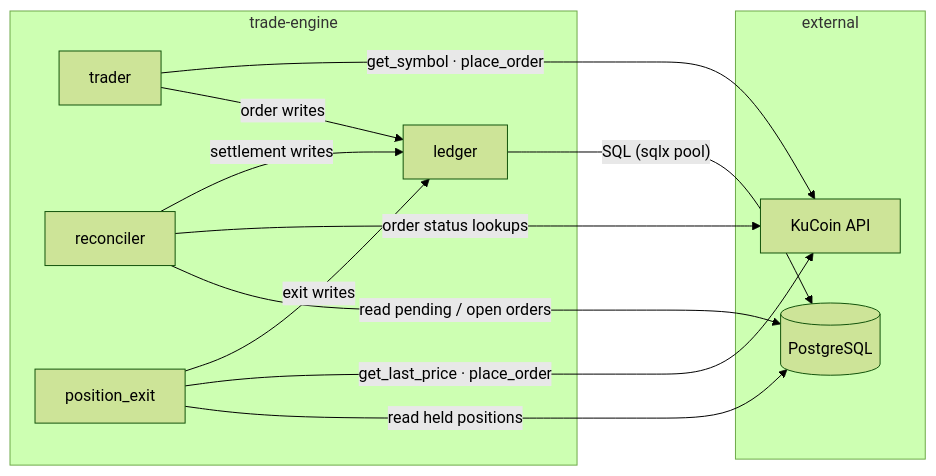
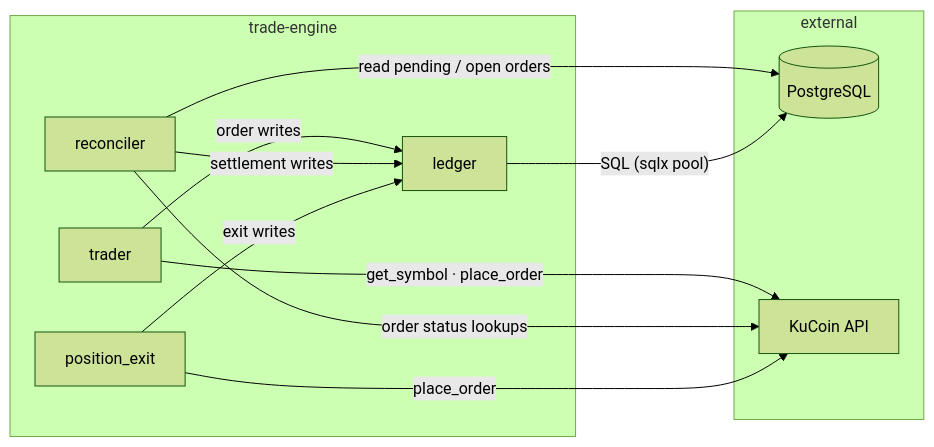
Before and after one commit to N-Choo/CoinBot.v3: the second of 7 diagrams in process/trade-engine/README.md, drawn with Mermaid (forest theme). The commit also changed other lines of this file and 521 other files, not shown here.

````diff
--- a/process/trade-engine/README.md
+++ b/process/trade-engine/README.md
@@ -68,23 +66,22 @@
 ```mermaid
 flowchart LR
     subgraph TE["trade-engine"]
         TR["trader"]
         LG["ledger"]
         RC["reconciler"]
         PX["position_exit"]
     end
     subgraph EXT["external"]
         PG[("PostgreSQL")]
         KC["KuCoin API"]
     end
 
     TR -->|"order writes"| LG
     TR -->|"get_symbol · place_order"| KC
     RC -->|"read pending / open orders"| PG
     RC -->|"order status lookups"| KC
     RC -->|"settlement writes"| LG
-    PX -->|"read held positions"| PG
-    PX -->|"get_last_price · place_order"| KC
+    PX -->|"place_order"| KC
     PX -->|"exit writes"| LG
     LG -->|"SQL (sqlx pool)"| PG
 ```
````
